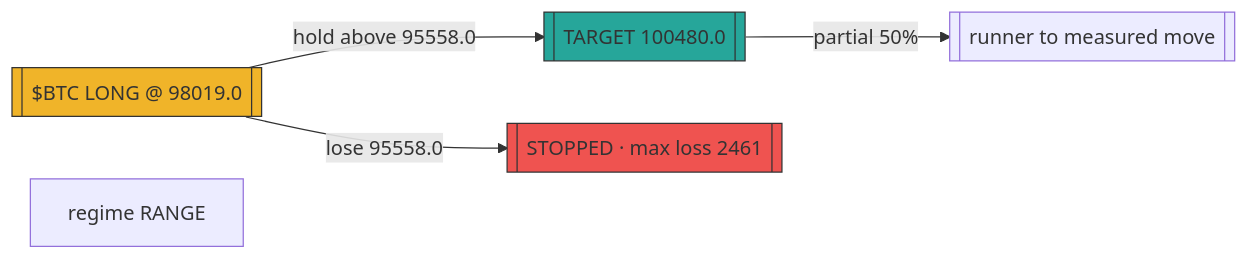
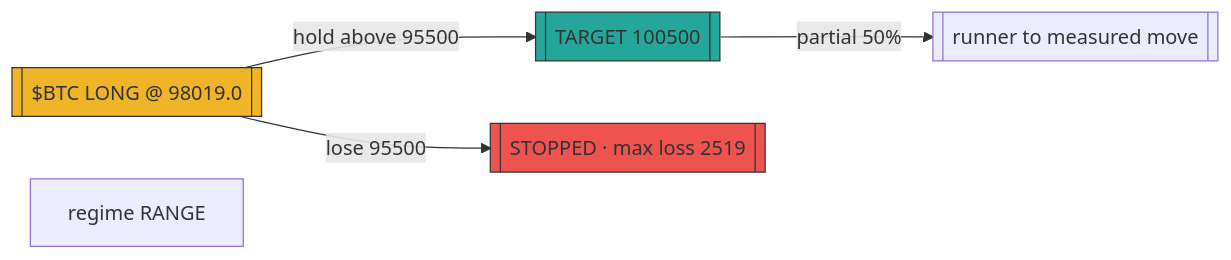
Before and after one commit to prx0r/BEAR: the diagram in astronomer/data/proveout_posts_Timeless_Crypto/1859722447060336919.mmd, drawn with Mermaid. The commit also changed 2030 other files, not shown here.

```diff
--- a/astronomer/data/proveout_posts_Timeless_Crypto/1859722447060336919.mmd
+++ b/astronomer/data/proveout_posts_Timeless_Crypto/1859722447060336919.mmd
@@ -1,9 +1,9 @@
 flowchart LR
     sig[["$BTC LONG @ 98019.0"]]
-    sig -->|"hold above 95558.0"| tgt[["TARGET 100480.0"]]
-    sig -->|"lose 95558.0"| stp[["STOPPED · max loss 2461"]]
+    sig -->|"hold above 95500"| tgt[["TARGET 100500"]]
+    sig -->|"lose 95500"| stp[["STOPPED · max loss 2519"]]
     tgt -->|"partial 50%"| t2[["runner to measured move"]]
     style sig fill:#f0b429,stroke:#333
     style tgt fill:#26a69a,stroke:#333
     style stp fill:#ef5350,stroke:#333
     sub["regime RANGE" ]
```
